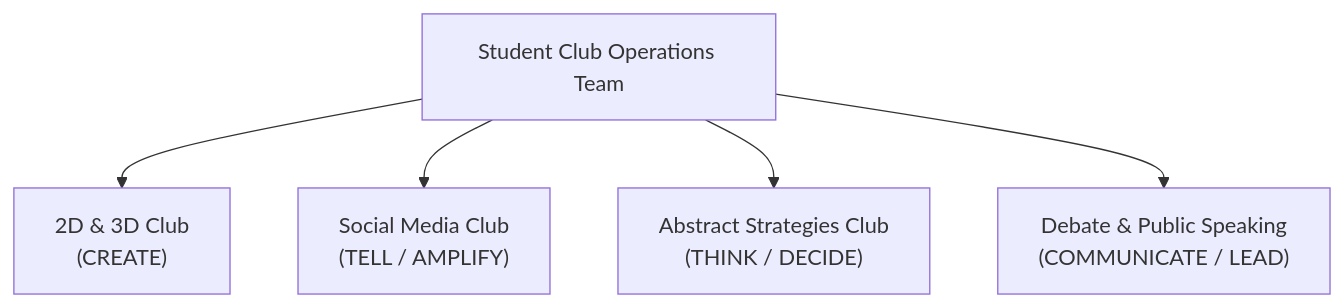
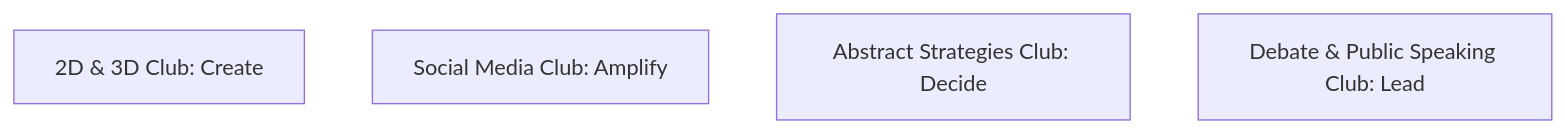
The diagram in 01-introduction/about.md (blxckpxnther46/Kalvium-X-Vels-Student-Clubs), drawn with Mermaid before and after one commit. The commit also changed other lines of this file and 63 other files, not shown here.

````diff
--- a/01-introduction/about.md
+++ b/01-introduction/about.md
@@ -19,8 +5,7 @@
 ```mermaid
 graph TD
-    Ops["Student Club Operations Team"]
-    Ops --> Club1["2D & 3D Club<br/>(CREATE)"]
-    Ops --> Club2["Social Media Club<br/>(TELL / AMPLIFY)"]
-    Ops --> Club3["Abstract Strategies Club<br/>(THINK / DECIDE)"]
-    Ops --> Club4["Debate & Public Speaking<br/>(COMMUNICATE / LEAD)"]
+    Sub1[2D & 3D Club: Create]
+    Sub2[Social Media Club: Amplify]
+    Sub3[Abstract Strategies Club: Decide]
+    Sub4[Debate & Public Speaking Club: Lead]
 ```
````
